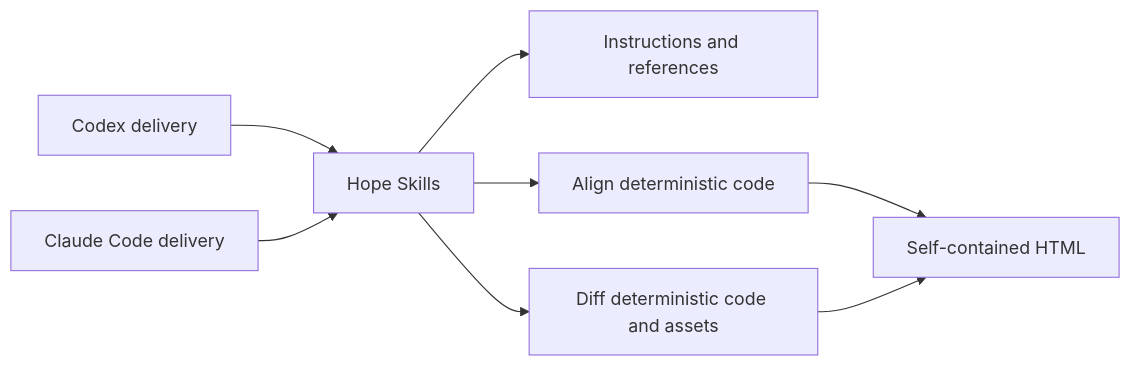
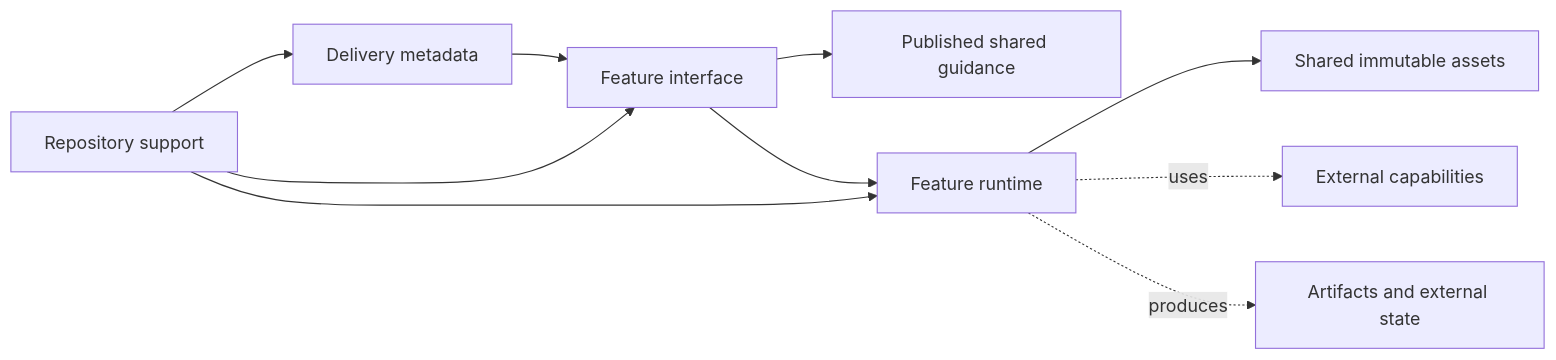
The diagram in docs/architecture.md (dkstm95/hope), drawn with Mermaid before and after one commit. The commit also changed other lines of this file and 3 other files, not shown here.

Commit message:
test(architecture): enforce feature dependency boundaries (#102)

````diff
--- a/docs/architecture.md
+++ b/docs/architecture.md
@@ -34,10 +70,12 @@
 ```mermaid
 flowchart LR
-  C["Codex delivery"] --> S["Hope Skills"]
-  L["Claude Code delivery"] --> S
-  S --> I["Instructions and references"]
-  S --> A["Align deterministic code"]
-  S --> D["Diff deterministic code and assets"]
-  A --> H["Self-contained HTML"]
-  D --> H["Self-contained HTML"]
+  D["Delivery metadata"] --> F["Feature interface"]
+  F --> G["Published shared guidance"]
+  F --> R["Feature runtime"]
+  R --> A["Shared immutable assets"]
+  T["Repository support"] --> D
+  T --> F
+  T --> R
+  R -. "uses" .-> E["External capabilities"]
+  R -. "produces" .-> O["Artifacts and external state"]
 ```
````
